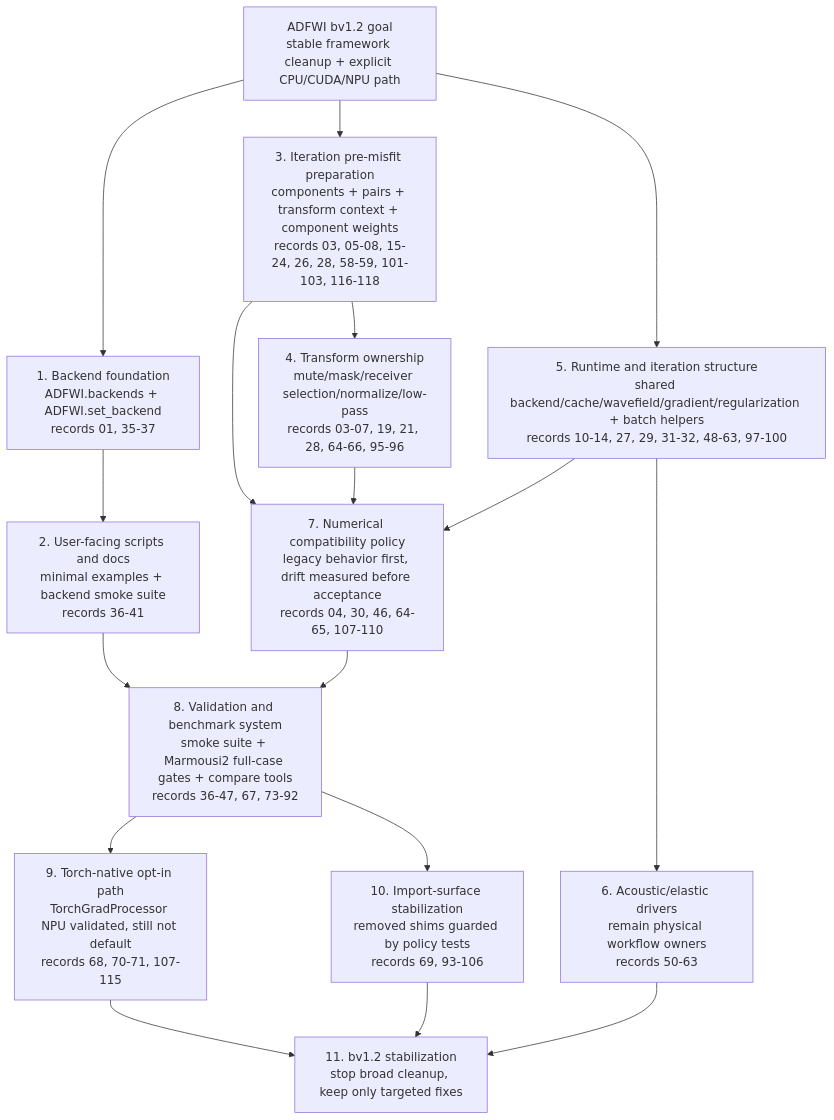
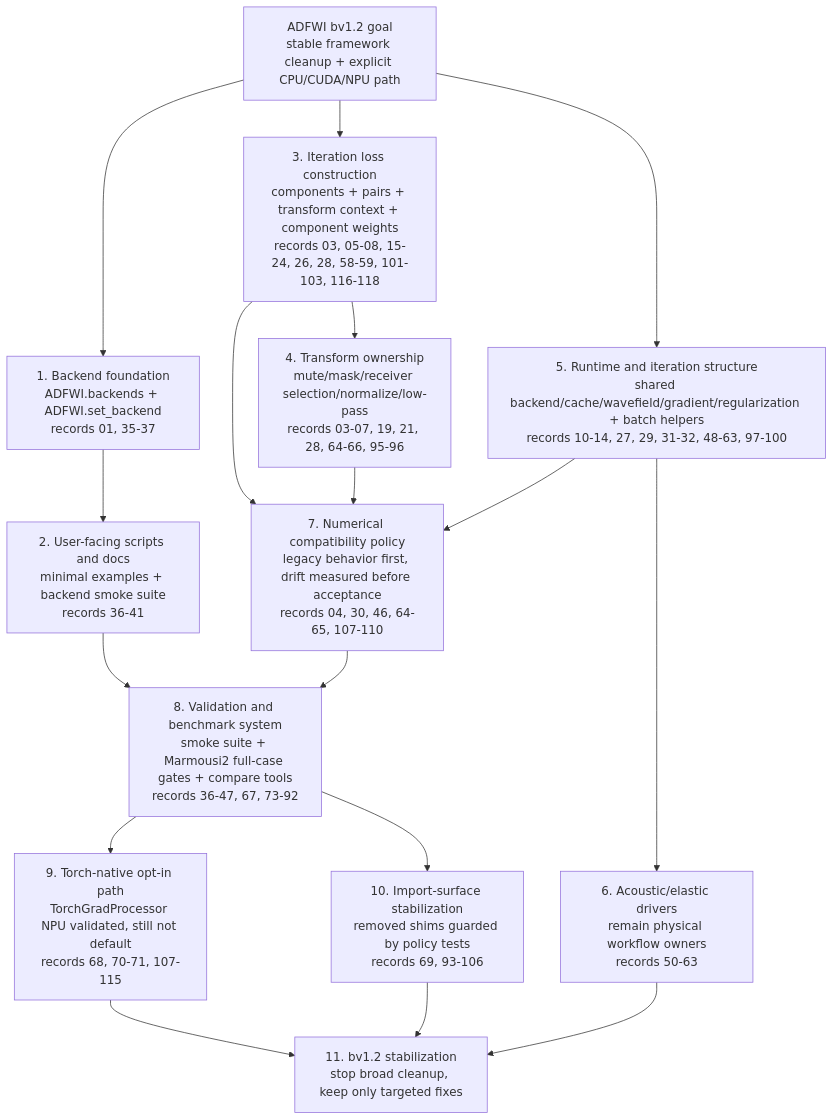
Before and after one commit to liufeng2317/ADFWI: the diagram in docs/version-plans/bv1.2/optimization-chain.md, drawn with Mermaid. The commit also changed other lines of this file and 16 other files, not shown here.

Commit message:
Consolidate iteration loss helpers

````diff
--- a/docs/version-plans/bv1.2/optimization-chain.md
+++ b/docs/version-plans/bv1.2/optimization-chain.md
@@ -30,27 +30,27 @@
 ```mermaid
 flowchart TD
     Goal[ADFWI bv1.2 goal\nstable framework cleanup + explicit CPU/CUDA/NPU path]
 
     Goal --> Backend[1. Backend foundation\nADFWI.backends + ADFWI.set_backend\nrecords 01, 35-37]
     Backend --> PublicAPI[2. User-facing scripts and docs\nminimal examples + backend smoke suite\nrecords 36-41]
 
-    Goal --> PreMisfit[3. Iteration pre-misfit preparation\ncomponents + pairs + transform context + component weights\nrecords 03, 05-08, 15-24, 26, 28, 58-59, 101-103, 116-118]
-    PreMisfit --> Transforms[4. Transform ownership\nmute/mask/receiver selection/normalize/low-pass\nrecords 03-07, 19, 21, 28, 64-66, 95-96]
+    Goal --> IterLoss[3. Iteration loss construction\ncomponents + pairs + transform context + component weights\nrecords 03, 05-08, 15-24, 26, 28, 58-59, 101-103, 116-118]
+    IterLoss --> Transforms[4. Transform ownership\nmute/mask/receiver selection/normalize/low-pass\nrecords 03-07, 19, 21, 28, 64-66, 95-96]
 
     Goal --> RuntimeLoop[5. Runtime and iteration structure\nshared backend/cache/wavefield/gradient/regularization + batch helpers\nrecords 10-14, 27, 29, 31-32, 48-63, 97-100]
     RuntimeLoop --> Drivers[6. Acoustic/elastic drivers\nremain physical workflow owners\nrecords 50-63]
 
-    PreMisfit --> NumericalPolicy[7. Numerical compatibility policy\nlegacy behavior first, drift measured before acceptance\nrecords 04, 30, 46, 64-65, 107-110]
+    IterLoss --> NumericalPolicy[7. Numerical compatibility policy\nlegacy behavior first, drift measured before acceptance\nrecords 04, 30, 46, 64-65, 107-110]
     Transforms --> NumericalPolicy
     RuntimeLoop --> NumericalPolicy
 
     PublicAPI --> Validation[8. Validation and benchmark system\nsmoke suite + Marmousi2 full-case gates + compare tools\nrecords 36-47, 67, 73-92]
     NumericalPolicy --> Validation
 
     Validation --> TorchGrad[9. Torch-native opt-in path\nTorchGradProcessor NPU validated, still not default\nrecords 68, 70-71, 107-115]
     Validation --> ImportPolicy[10. Import-surface stabilization\nremoved shims guarded by policy tests\nrecords 69, 93-106]
 
     TorchGrad --> Stabilization[11. bv1.2 stabilization\nstop broad cleanup, keep only targeted fixes]
     ImportPolicy --> Stabilization
     Drivers --> Stabilization
 ```
````
